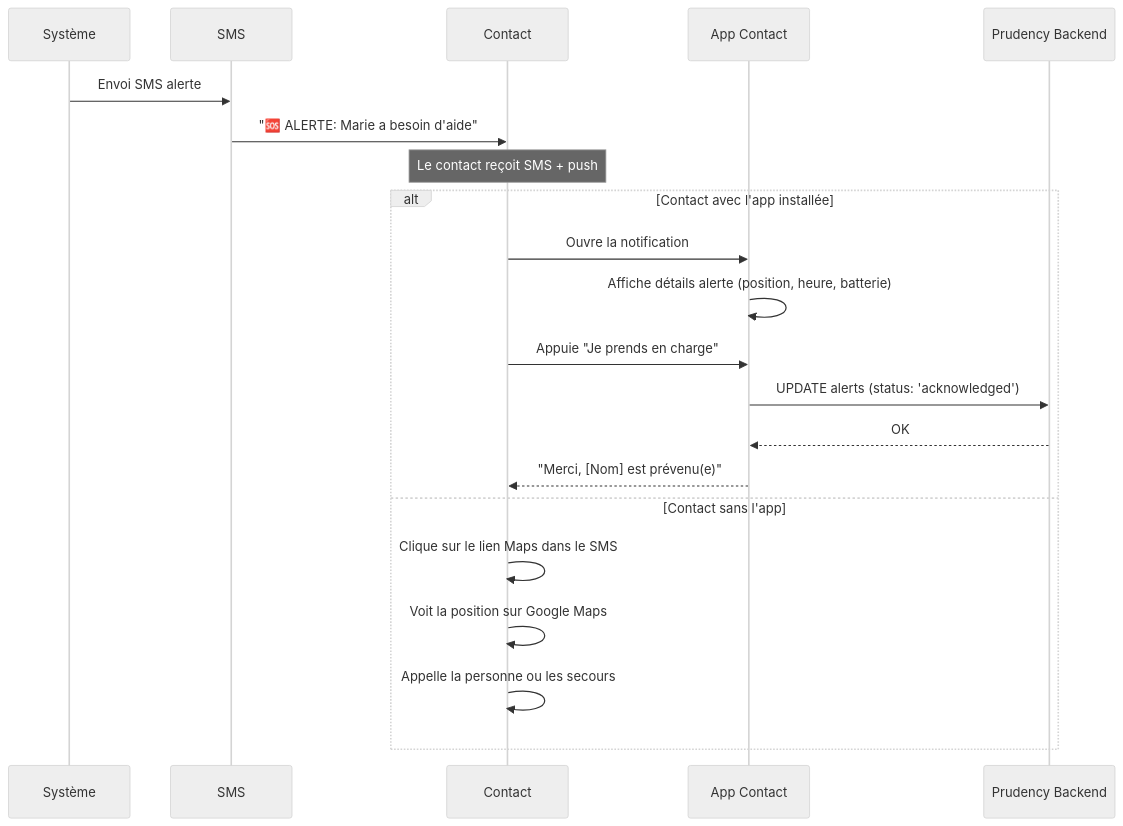
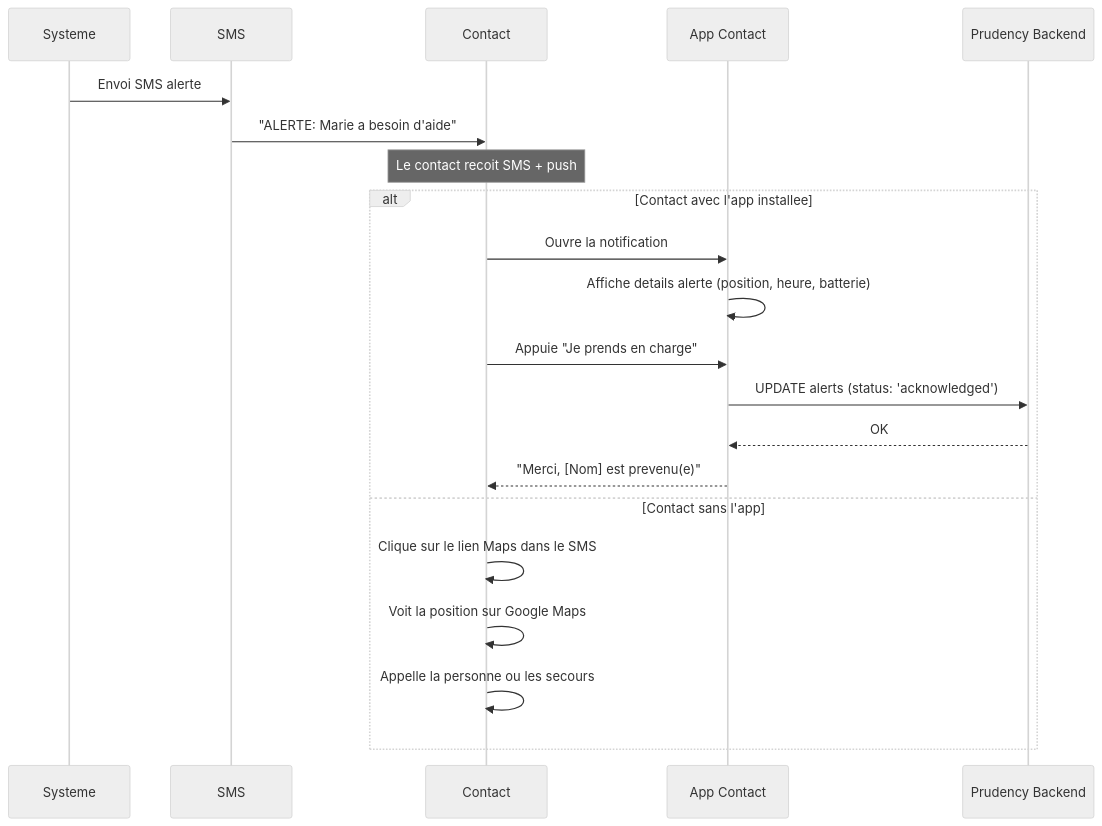
One commit to monjodav/Prudency changed the fifth of 7 diagrams in docs/user-flows.md. Above: the diagram before and after it, drawn with Mermaid (neutral theme). The commit also changed other lines of this file and 55 other files, not shown here.

````diff
--- a/docs/user-flows.md
+++ b/docs/user-flows.md
@@ -145,26 +155,26 @@
 ```mermaid
 sequenceDiagram
-    participant S as Système
+    participant S as Systeme
     participant SMS as SMS
     participant C as Contact
     participant A as App Contact
     participant P as Prudency Backend
 
     S->>SMS: Envoi SMS alerte
-    SMS->>C: "🆘 ALERTE: Marie a besoin d'aide"
+    SMS->>C: "ALERTE: Marie a besoin d'aide"
 
-    Note over C: Le contact reçoit SMS + push
+    Note over C: Le contact recoit SMS + push
 
-    alt Contact avec l'app installée
+    alt Contact avec l'app installee
         C->>A: Ouvre la notification
-        A->>A: Affiche détails alerte (position, heure, batterie)
+        A->>A: Affiche details alerte (position, heure, batterie)
         C->>A: Appuie "Je prends en charge"
         A->>P: UPDATE alerts (status: 'acknowledged')
         P-->>A: OK
-        A-->>C: "Merci, [Nom] est prévenu(e)"
+        A-->>C: "Merci, [Nom] est prevenu(e)"
     else Contact sans l'app
         C->>C: Clique sur le lien Maps dans le SMS
         C->>C: Voit la position sur Google Maps
         C->>C: Appelle la personne ou les secours
     end
 ```
````
